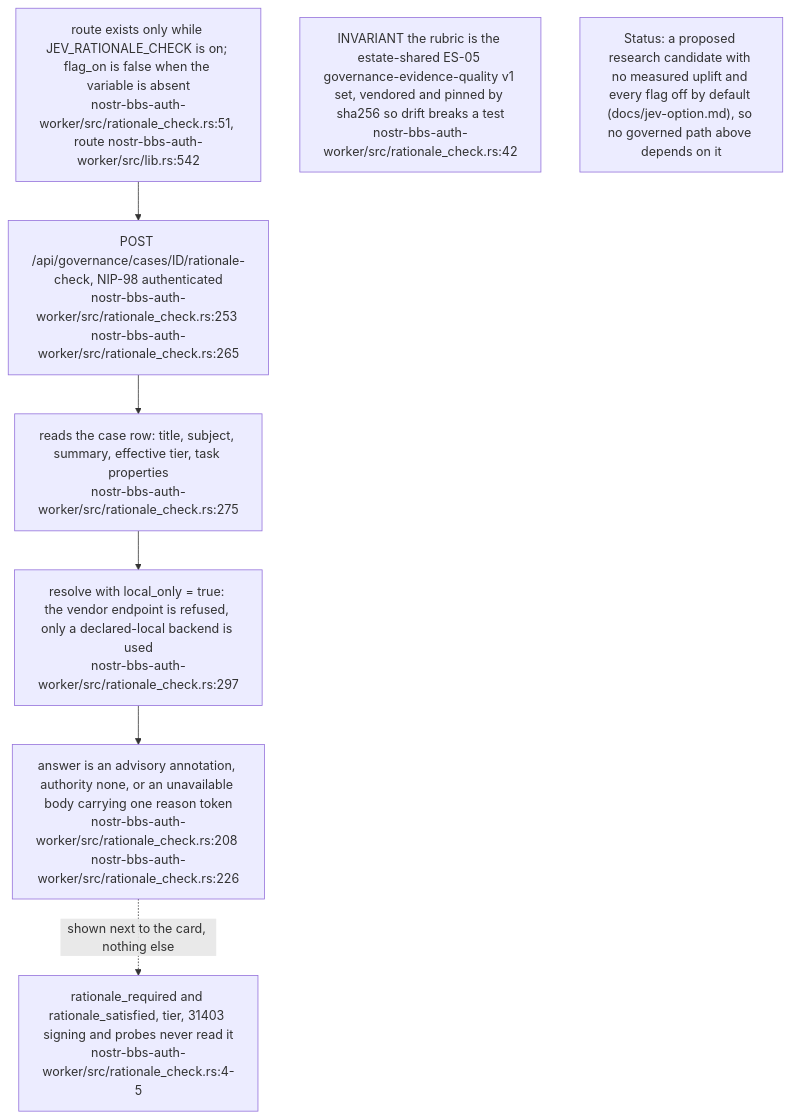
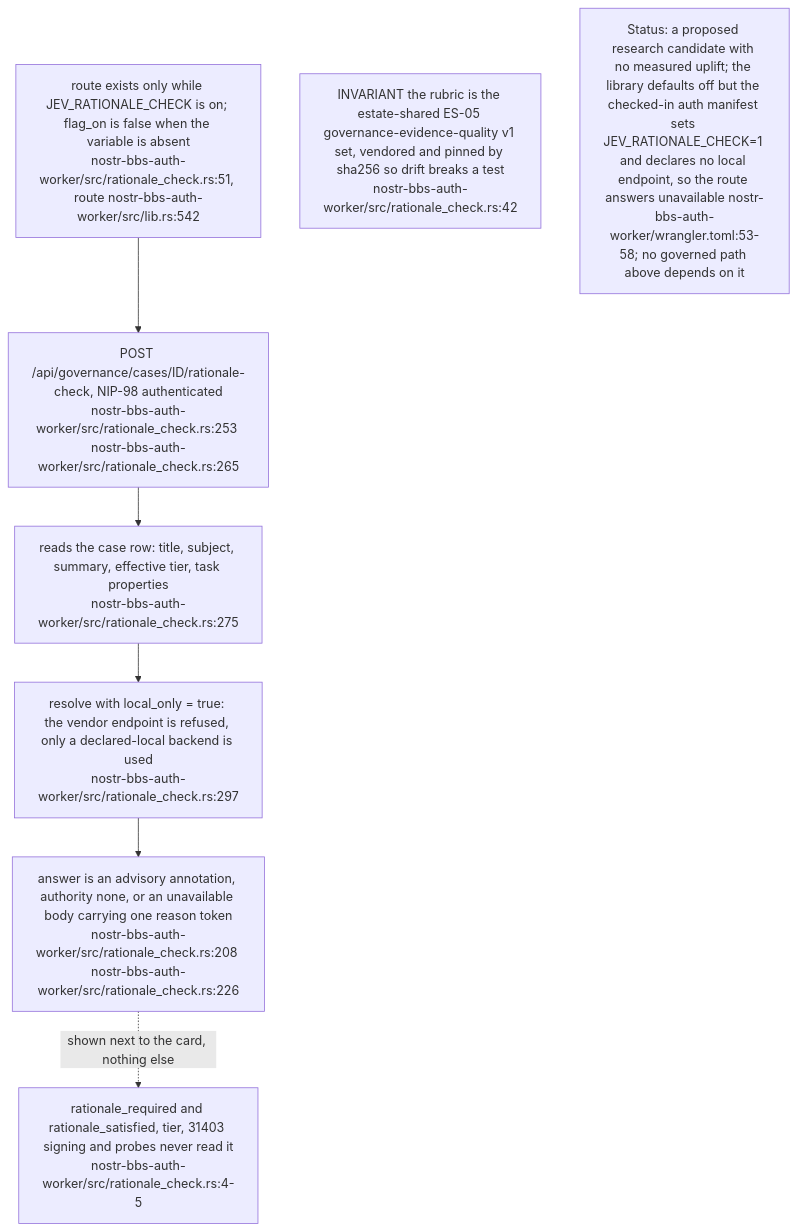
One commit to DreamLab-AI/VisionFlow changed diagram 17 of 17 in docs/diagrams/nostr-rust-forum/06-agent-control-surface-31400-31405.md. Above: the diagram before and after it, drawn with Mermaid. The commit also changed other lines of this file and 145 other files, not shown here.

````diff
--- a/docs/diagrams/nostr-rust-forum/06-agent-control-surface-31400-31405.md
+++ b/docs/diagrams/nostr-rust-forum/06-agent-control-surface-31400-31405.md
@@ -476,15 +477,15 @@
 ```mermaid
 flowchart TB
     FLAG["route exists only while JEV_RATIONALE_CHECK is on; flag_on is false when the variable is absent<br/>nostr-bbs-auth-worker/src/rationale_check.rs:51, route nostr-bbs-auth-worker/src/lib.rs:542"]
     ROUTE["POST /api/governance/cases/ID/rationale-check, NIP-98 authenticated<br/>nostr-bbs-auth-worker/src/rationale_check.rs:253 nostr-bbs-auth-worker/src/rationale_check.rs:265"]
     ROW["reads the case row: title, subject, summary, effective tier, task properties<br/>nostr-bbs-auth-worker/src/rationale_check.rs:275"]
     LOCAL["resolve with local_only = true: the vendor endpoint is refused, only a declared-local backend is used<br/>nostr-bbs-auth-worker/src/rationale_check.rs:297"]
     ADV["answer is an advisory annotation, authority none, or an unavailable body carrying one reason token<br/>nostr-bbs-auth-worker/src/rationale_check.rs:208 nostr-bbs-auth-worker/src/rationale_check.rs:226"]
     GATE["rationale_required and rationale_satisfied, tier, 31403 signing and probes never read it<br/>nostr-bbs-auth-worker/src/rationale_check.rs:4-5"]
 
     FLAG --> ROUTE --> ROW --> LOCAL --> ADV
     ADV -.->|"shown next to the card, nothing else"| GATE
 
     N1["INVARIANT the rubric is the estate-shared ES-05 governance-evidence-quality v1 set, vendored and pinned by sha256 so drift breaks a test<br/>nostr-bbs-auth-worker/src/rationale_check.rs:42"]
-    N2["Status: a proposed research candidate with no measured uplift and every flag off by default (docs/jev-option.md), so no governed path above depends on it"]
+    N2["Status: a proposed research candidate with no measured uplift; the library defaults off but the checked-in auth manifest sets JEV_RATIONALE_CHECK=1 and declares no local endpoint, so the route answers unavailable nostr-bbs-auth-worker/wrangler.toml:53-58; no governed path above depends on it"]
 ```
````
